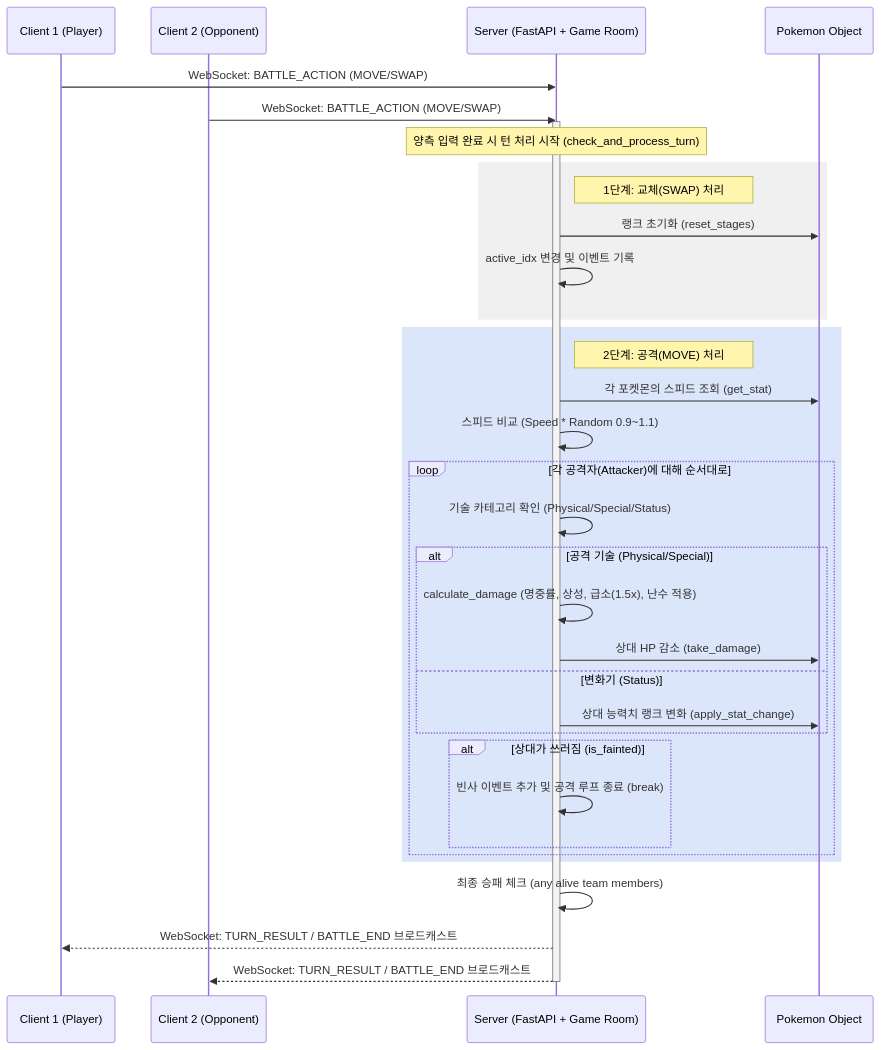
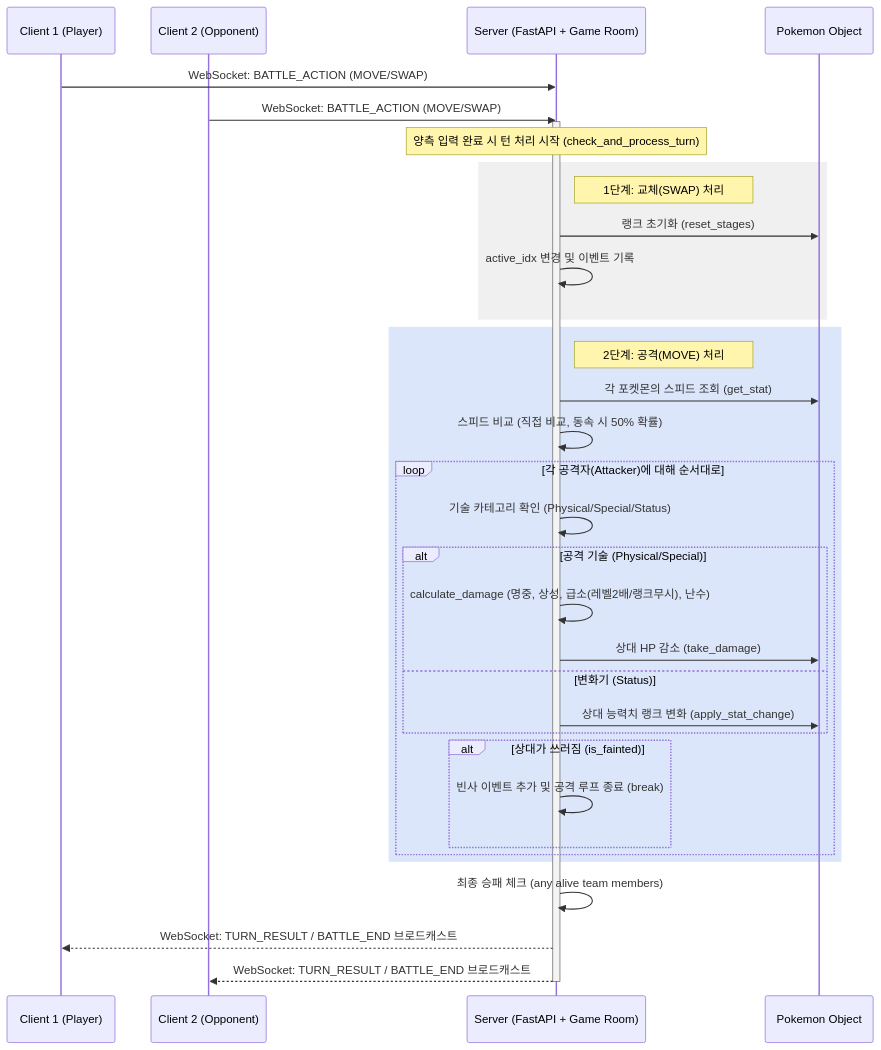
The first of 3 diagrams in docs/markdown/battle_flow.md (reha-design/pokemon), drawn with Mermaid before and after one commit.

Commit message:
Docs: Update battle_flow.md to reflect authentic Gen 2 logic

````diff
--- a/docs/markdown/battle_flow.md
+++ b/docs/markdown/battle_flow.md
@@ -7,45 +7,45 @@
 ```mermaid
 sequenceDiagram
     participant C1 as Client 1 (Player)
     participant C2 as Client 2 (Opponent)
     participant S as Server (FastAPI + Game Room)
     participant P as Pokemon Object
 
     C1->>S: WebSocket: BATTLE_ACTION (MOVE/SWAP)
     C2->>S: WebSocket: BATTLE_ACTION (MOVE/SWAP)
     
     activate S
     Note over S: 양측 입력 완료 시 턴 처리 시작 (check_and_process_turn)
     
     rect rgb(240, 240, 240)
     Note right of S: 1단계: 교체(SWAP) 처리
     S->>P: 랭크 초기화 (reset_stages)
     S->>S: active_idx 변경 및 이벤트 기록
     end
 
     rect rgb(220, 230, 250)
     Note right of S: 2단계: 공격(MOVE) 처리
     S->>P: 각 포켓몬의 스피드 조회 (get_stat)
-    S->>S: 스피드 비교 (Speed * Random 0.9~1.1)
+    S->>S: 스피드 비교 (직접 비교, 동속 시 50% 확률)
     
     loop 각 공격자(Attacker)에 대해 순서대로
         S->>S: 기술 카테고리 확인 (Physical/Special/Status)
         
         alt 공격 기술 (Physical/Special)
-            S->>S: calculate_damage (명중률, 상성, 급소(1.5x), 난수 적용)
+            S->>S: calculate_damage (명중, 상성, 급소(레벨2배/랭크무시), 난수)
             S->>P: 상대 HP 감소 (take_damage)
         else 변화기 (Status)
             S->>P: 상대 능력치 랭크 변화 (apply_stat_change)
         end
         
         alt 상대가 쓰러짐 (is_fainted)
             S->>S: 빈사 이벤트 추가 및 공격 루프 종료 (break)
         end
     end
     end
 
     S->>S: 최종 승패 체크 (any alive team members)
     S-->>C1: WebSocket: TURN_RESULT / BATTLE_END 브로드캐스트
     S-->>C2: WebSocket: TURN_RESULT / BATTLE_END 브로드캐스트
     deactivate S
 ```
````
